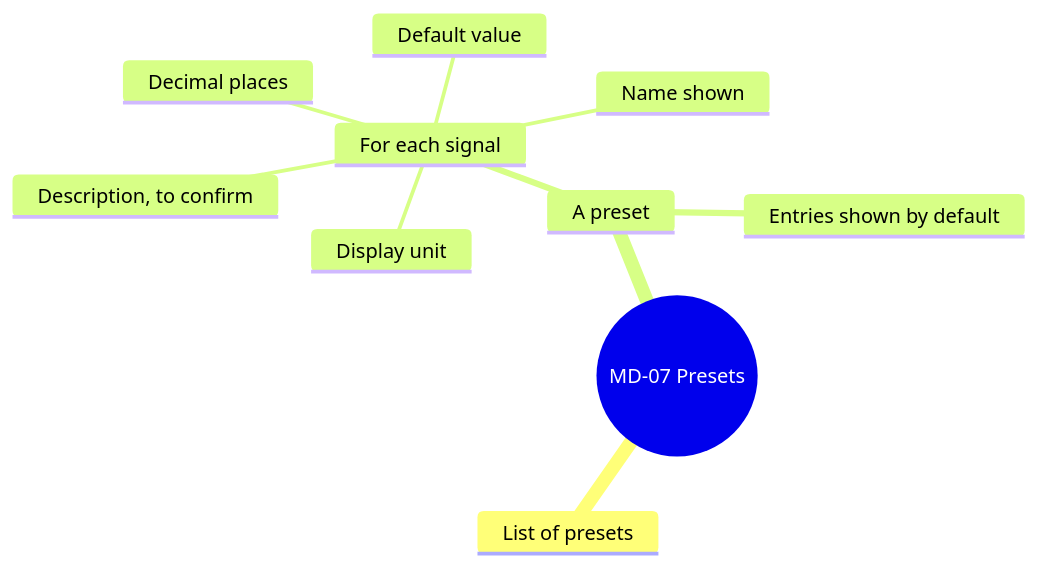
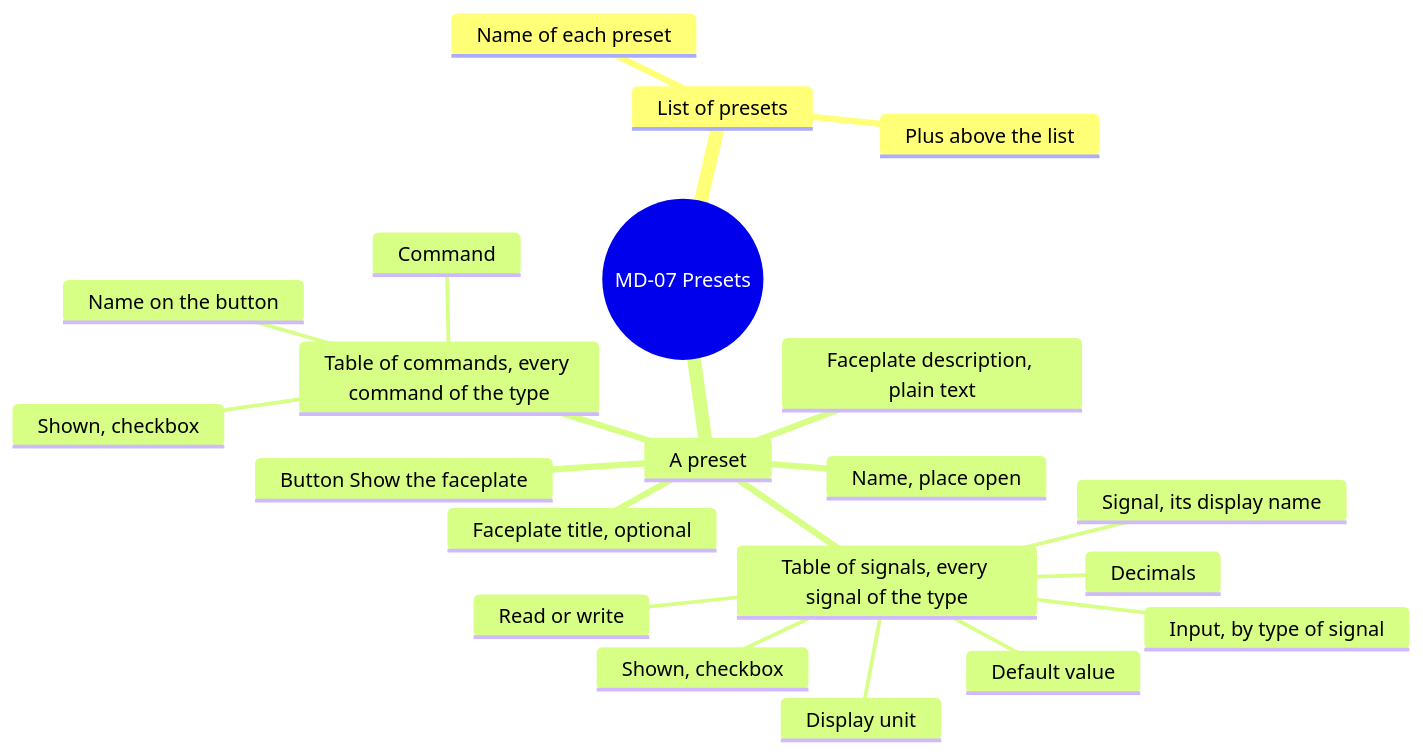
Before and after one commit to AlexandreGallais/synoptic-studio-spec: the tenth of 13 diagrams in screens/metadata.md, drawn with Mermaid. The commit also changed other lines of this file and 15 other files, not shown here.

First line of the commit message:
docs(spec): merge faceplate into presets and add signal display name

````diff
--- a/screens/metadata.md
+++ b/screens/metadata.md
@@ -304,13 +277,24 @@
 ```mermaid
 mindmap
   root((MD-07 Presets))
     List of presets
+      Plus above the list
+      Name of each preset
     A preset
-      For each signal
+      Name, place open
+      Faceplate title, optional
+      Faceplate description, plain text
+      Button Show the faceplate
+      Table of signals, every signal of the type
+        Shown, checkbox
+        Signal, its display name
+        Input, by type of signal
+        Read or write
+        Display unit
+        Decimals
         Default value
-        Display unit
-        Decimal places
-        Name shown
-        Description, to confirm
-      Entries shown by default
+      Table of commands, every command of the type
+        Shown, checkbox
+        Command
+        Name on the button
 ```
````
